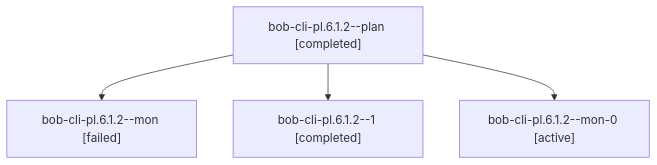
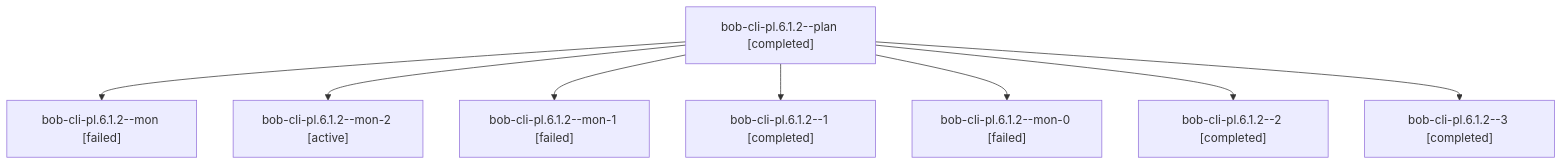
Before and after one commit to bobs-org/bob-cli--agents: the diagram in sessions/bbugyi200.apollo.bob-cli-pl.6.1.2.md, drawn with Mermaid. The commit also changed other lines of this file and 95 other files, not shown here.

````diff
--- a/sessions/bbugyi200.apollo.bob-cli-pl.6.1.2.md
+++ b/sessions/bbugyi200.apollo.bob-cli-pl.6.1.2.md
@@ -9,10 +9,18 @@
 ```mermaid
 flowchart TD
   n0["bob-cli-pl.6.1.2--plan [completed]"]
   n1["bob-cli-pl.6.1.2--mon [failed]"]
   n0 --> n1
-  n2["bob-cli-pl.6.1.2--1 [completed]"]
+  n2["bob-cli-pl.6.1.2--mon-2 [active]"]
   n0 --> n2
-  n3["bob-cli-pl.6.1.2--mon-0 [active]"]
+  n3["bob-cli-pl.6.1.2--mon-1 [failed]"]
   n0 --> n3
+  n4["bob-cli-pl.6.1.2--1 [completed]"]
+  n0 --> n4
+  n5["bob-cli-pl.6.1.2--mon-0 [failed]"]
+  n0 --> n5
+  n6["bob-cli-pl.6.1.2--2 [completed]"]
+  n0 --> n6
+  n7["bob-cli-pl.6.1.2--3 [completed]"]
+  n0 --> n7
 ```
````
